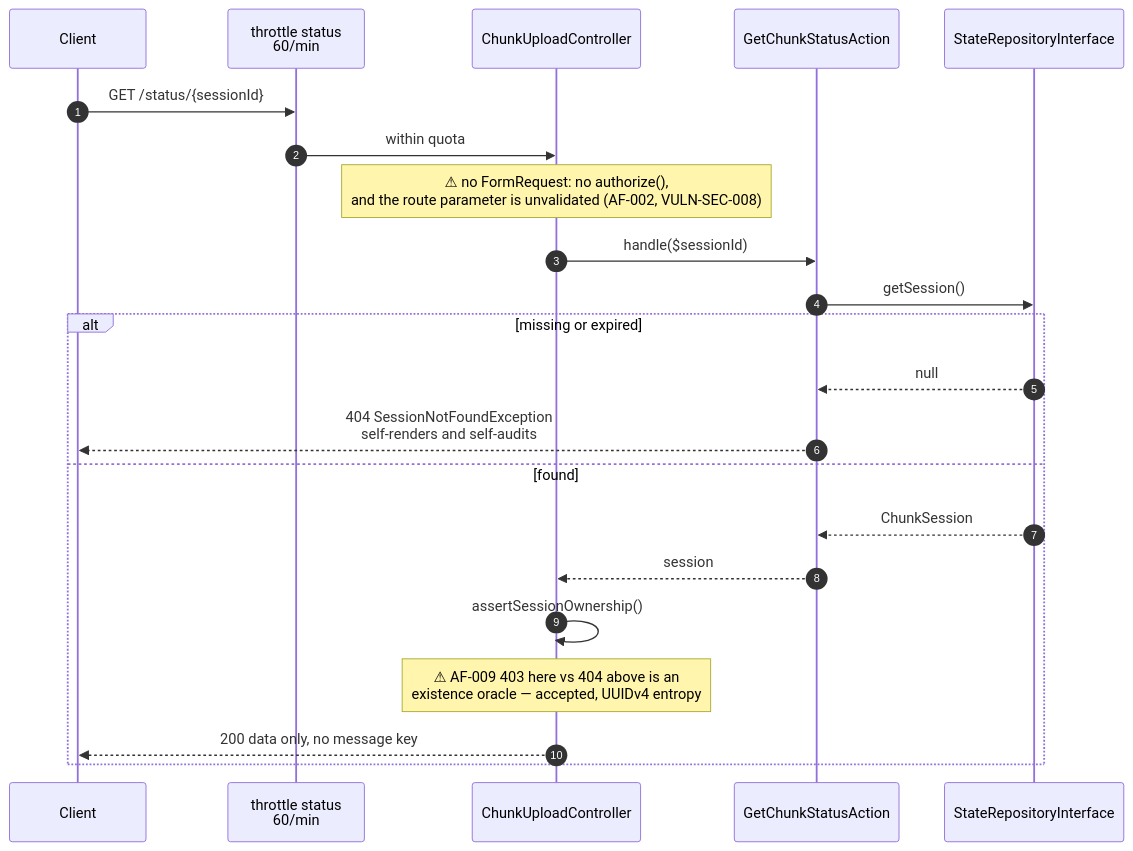
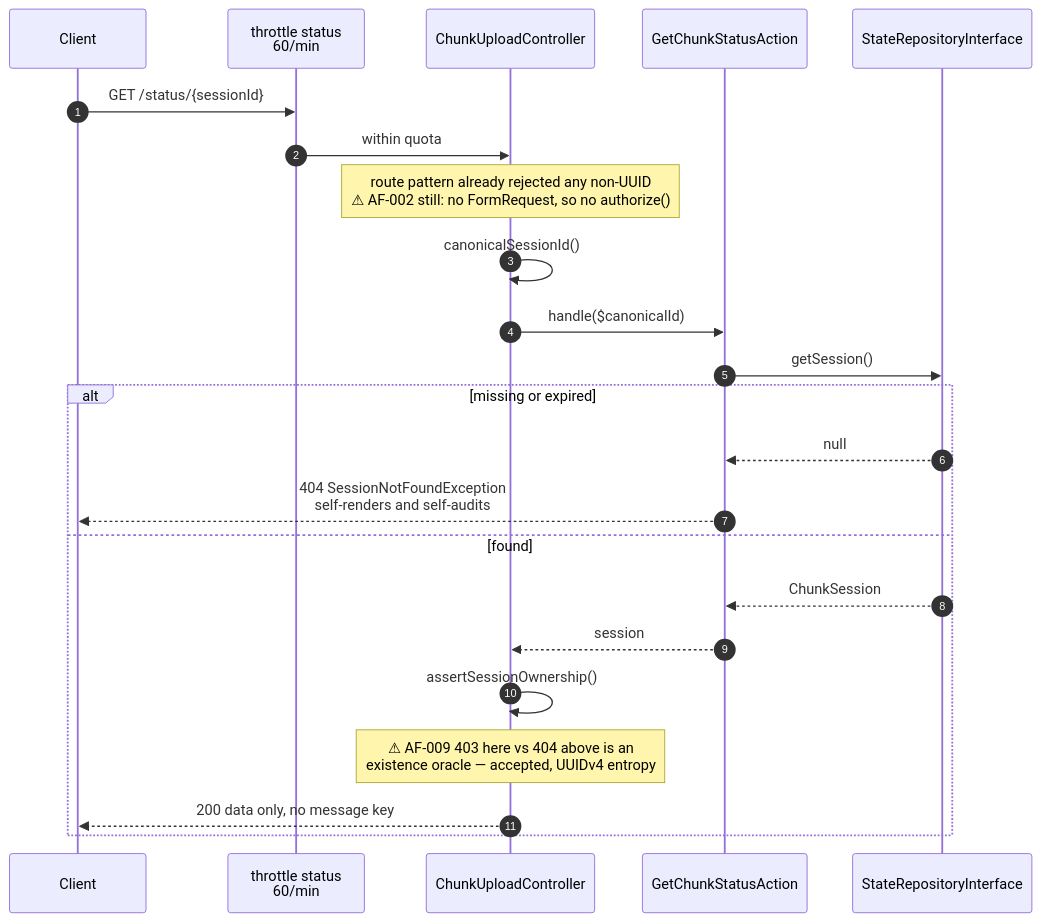
Before and after one commit to JuanGuerreroDev/stateful-chunking-package: the third of 6 diagrams in docs/architecture/request-lifecycle.md, drawn with Mermaid. The commit also changed other lines of this file and 12 other files, not shown here.

````diff
--- a/docs/architecture/request-lifecycle.md
+++ b/docs/architecture/request-lifecycle.md
@@ -123,25 +130,26 @@
 ```mermaid
 sequenceDiagram
     autonumber
     participant CL as Client
     participant RL as throttle status<br/>60/min
     participant CT as ChunkUploadController
     participant AC as GetChunkStatusAction
     participant RP as StateRepositoryInterface
 
     CL->>RL: GET /status/{sessionId}
     RL->>CT: within quota
-    Note over CT: ⚠ no FormRequest: no authorize(),<br/>and the route parameter is unvalidated (AF-002, VULN-SEC-008)
-    CT->>AC: handle($sessionId)
+    Note over CT: route pattern already rejected any non-UUID<br/>⚠ AF-002 still: no FormRequest, so no authorize()
+    CT->>CT: canonicalSessionId()
+    CT->>AC: handle($canonicalId)
     AC->>RP: getSession()
     alt missing or expired
         RP-->>AC: null
         AC-->>CL: 404 SessionNotFoundException<br/>self-renders and self-audits
     else found
         RP-->>AC: ChunkSession
         AC-->>CT: session
         CT->>CT: assertSessionOwnership()
         Note over CT: ⚠ AF-009 403 here vs 404 above is an<br/>existence oracle — accepted, UUIDv4 entropy
         CT-->>CL: 200 data only, no message key
     end
 ```
````
